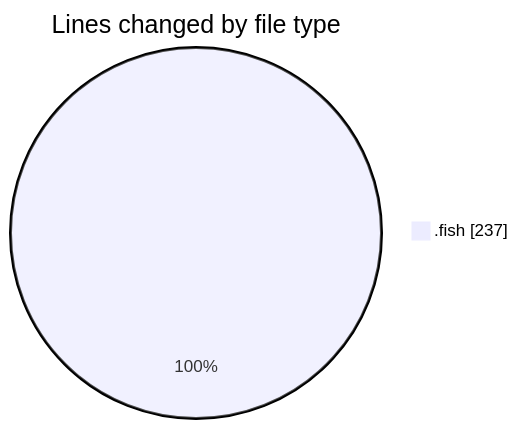
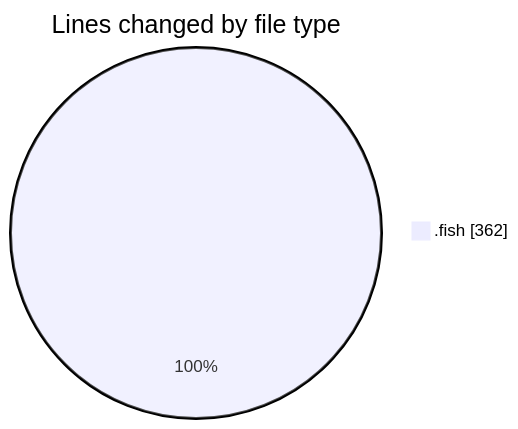
One commit to EIIisD/code-tracking changed the first of 2 diagrams in 2025-08-12/fish/README.md. Above: the diagram before and after it, drawn with Mermaid. The commit also changed other lines of this file and 1 other file, not shown here.

````diff
--- a/2025-08-12/fish/README.md
+++ b/2025-08-12/fish/README.md
@@ -20,5 +20,5 @@
 ```mermaid
 pie showData
 title Lines changed by file type
-".fish" : 237
+".fish" : 362
 ```
````
